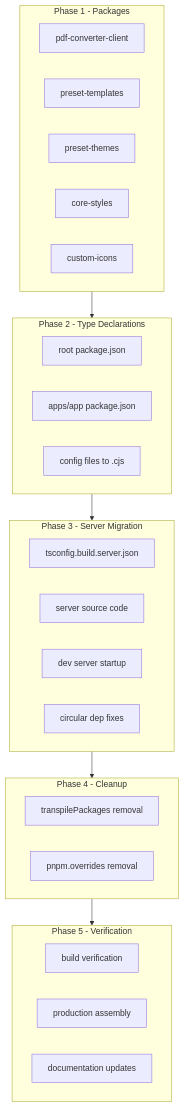
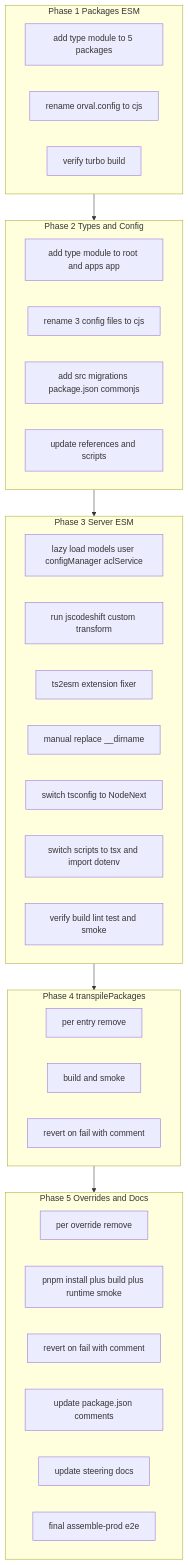
Before and after one commit to growilabs/growi: the fourth of 4 diagrams in .kiro/specs/esm-migration/design.md, drawn with Mermaid. The commit also changed other lines of this file and 5 other files, not shown here.

````diff
--- a/.kiro/specs/esm-migration/design.md
+++ b/.kiro/specs/esm-migration/design.md
@@ -46,39 +618,38 @@
 ```mermaid
-graph TB
-    subgraph Phase1[Phase 1 - Packages]
-        PkgPdfClient[pdf-converter-client]
-        PkgPresetTemplates[preset-templates]
-        PkgPresetThemes[preset-themes]
-        PkgCoreStyles[core-styles]
-        PkgCustomIcons[custom-icons]
+flowchart TB
+    subgraph Phase1[Phase 1 Packages ESM]
+        A1[add type module to 5 packages]
+        A2[rename orval.config to cjs]
+        A3[verify turbo build]
+    end
+    subgraph Phase2[Phase 2 Types and Config]
+        B1[add type module to root and apps app]
+        B2[rename 3 config files to cjs]
+        B3[add src migrations package.json commonjs]
+        B4[update references and scripts]
+    end
+    subgraph Phase3[Phase 3 Server ESM]
+        C1[lazy load models user configManager aclService]
+        C2[run jscodeshift custom transform]
+        C3[ts2esm extension fixer]
+        C4[manual replace __dirname]
+        C5[switch tsconfig to NodeNext]
+        C6[switch scripts to tsx and import dotenv]
+        C7[verify build lint test and smoke]
+    end
+    subgraph Phase4[Phase 4 transpilePackages]
+        D1[per entry remove]
+        D2[build and smoke]
+        D3[revert on fail with comment]
+    end
+    subgraph Phase5[Phase 5 Overrides and Docs]
+        E1[per override remove]
+        E2[pnpm install plus build plus runtime smoke]
+        E3[revert on fail with comment]
+        E4[update package.json comments]
+        E5[update steering docs]
+        E6[final assemble-prod e2e]
     end
 
-    subgraph Phase2[Phase 2 - Type Declarations]
-        RootPkg[root package.json]
-        AppPkg[apps/app package.json]
-        ConfigFiles[config files to .cjs]
-    end
-
-    subgraph Phase3[Phase 3 - Server Migration]
-        TsConfig[tsconfig.build.server.json]
-        ServerCode[server source code]
-        DevServer[dev server startup]
-        CircularFix[circular dep fixes]
-    end
-
-    subgraph Phase4[Phase 4 - Cleanup]
-        TranspilePkgs[transpilePackages removal]
-        PnpmOverrides[pnpm.overrides removal]
-    end
-
-    subgraph Phase5[Phase 5 - Verification]
-        BuildVerify[build verification]
-        ProdAssembly[production assembly]
-        Documentation[documentation updates]
-    end
-
-    Phase1 --> Phase2
-    Phase2 --> Phase3
-    Phase3 --> Phase4
-    Phase4 --> Phase5
+    Phase1 --> Phase2 --> Phase3 --> Phase4 --> Phase5
 ```
````
